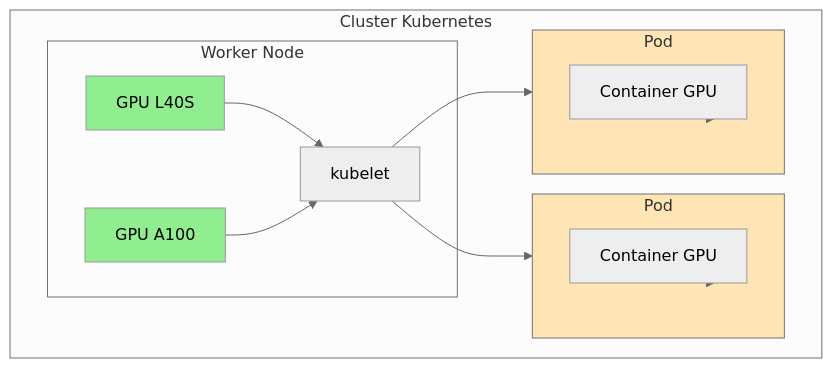
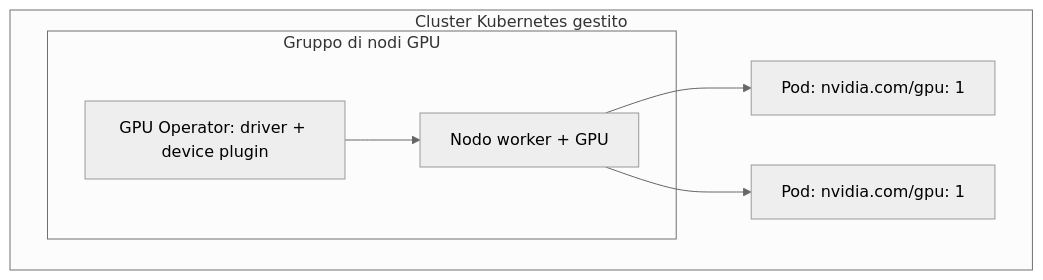
One commit to HidoraSwiss/hikube-public-doc changed the second of 2 diagrams in i18n/it/docusaurus-plugin-content-docs/current/services/gpu/overview.md. Above: the diagram before and after it, drawn with Mermaid (neutral theme). The commit also changed other lines of this file and 148 other files, not shown here.

````diff
--- a/i18n/it/docusaurus-plugin-content-docs/current/services/gpu/overview.md
+++ b/i18n/it/docusaurus-plugin-content-docs/current/services/gpu/overview.md
@@ -95,30 +79,15 @@
 ```mermaid
 flowchart TD
-    subgraph CLUSTER["Cluster Kubernetes"]
-        subgraph WORKER["Worker Node"]
-            GPU1["GPU L40S"]
-            GPU2["GPU A100"]
-            KUBELET["kubelet"]
+    subgraph CLUSTER["Cluster Kubernetes gestito"]
+        subgraph NG["Gruppo di nodi GPU"]
+            W1["Nodo worker + GPU"]
+            OP["GPU Operator: driver + device plugin"]
         end
-        
-        subgraph POD1["Pod"]
-            CONTAINER1["Container GPU"]
-        end
-        
-        subgraph POD2["Pod"]
-            CONTAINER2["Container GPU"]
-        end
+        POD1["Pod: nvidia.com/gpu: 1"]
+        POD2["Pod: nvidia.com/gpu: 1"]
     end
-    
-    GPU1 --> KUBELET
-    GPU2 --> KUBELET
-    KUBELET --> POD1
-    KUBELET --> POD2
-    POD1 --> CONTAINER1
-    POD2 --> CONTAINER2
-    
-    style GPU1 fill:#90EE90
-    style GPU2 fill:#90EE90
-    style POD1 fill:#FFE4B5
-    style POD2 fill:#FFE4B5
+
+    OP --> W1
+    W1 --> POD1
+    W1 --> POD2
 ```
````
